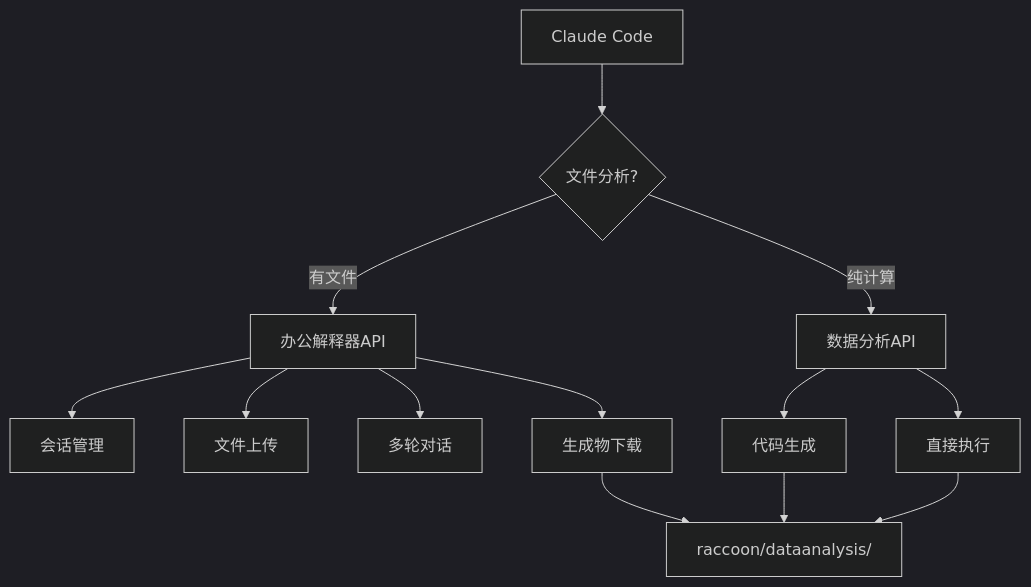
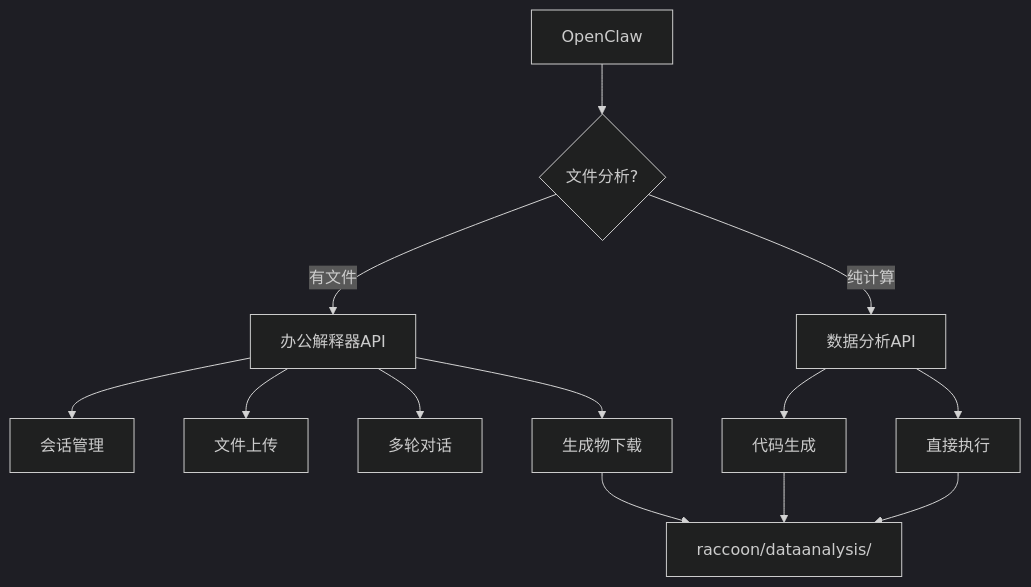
One commit to SenseTime-Copilot/raccoon-dataanalysis-skill changed the diagram in README.md. Above: the diagram before and after it, drawn with Mermaid (dark theme). The commit also changed other lines of this file, not shown here.

````diff
--- a/README.md
+++ b/README.md
@@ -16,18 +16,18 @@
 ```mermaid
 graph TB
-    A[Claude Code] --> B{文件分析?}
+    A[OpenClaw] --> B{文件分析?}
     B -->|有文件| C[办公解释器API]
     B -->|纯计算| D[数据分析API]
 
     C --> E[会话管理]
     C --> F[文件上传]
     C --> G[多轮对话]
     C --> H[生成物下载]
 
     D --> I[代码生成]
     D --> J[直接执行]
 
     H --> K[raccoon/dataanalysis/]
     I --> K
     J --> K
 ```
````
